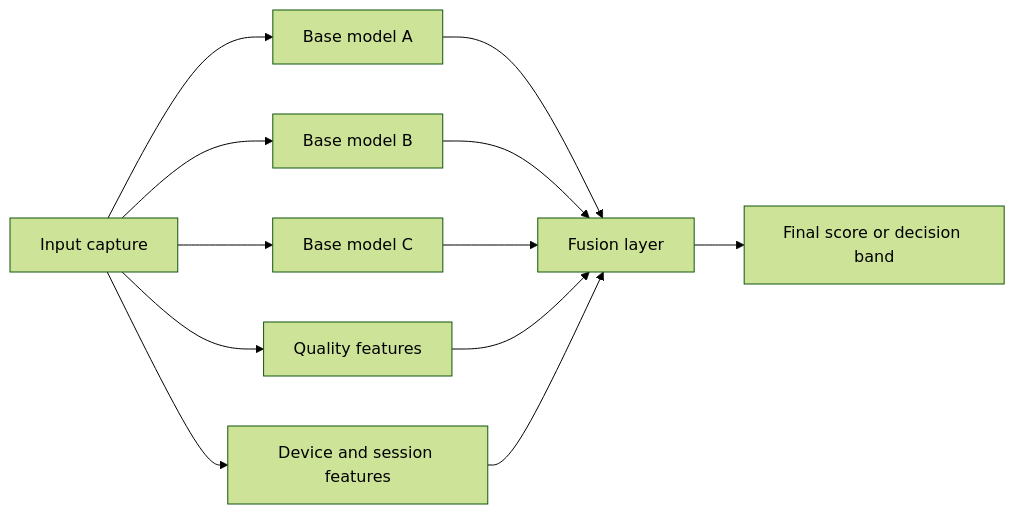
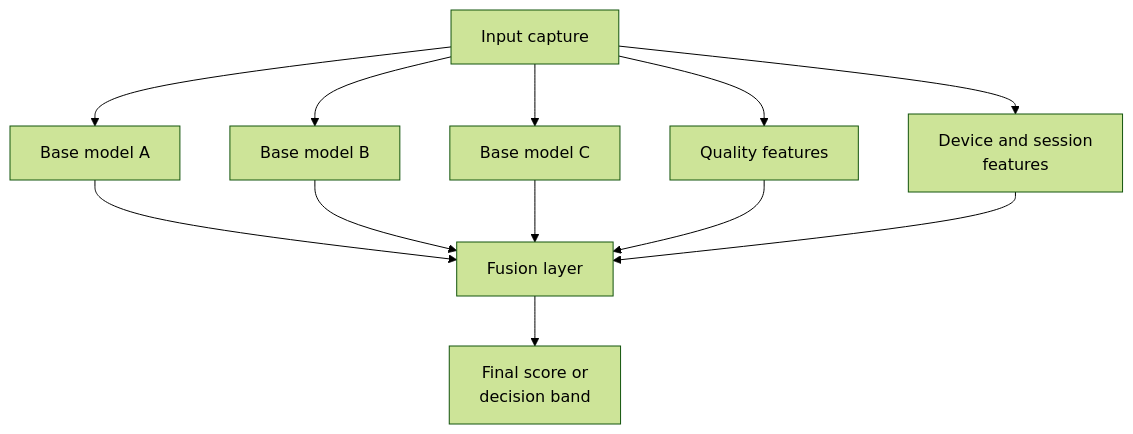
One commit to Nivratti/ekyc-face-liveness-playbook changed the first of 2 diagrams in docs/12-fusion-and-meta-model.md. Above: the diagram before and after it, drawn with Mermaid (forest theme). The commit also changed 31 other files, not shown here.

Commit message:
docs: improve mermaid diagram readability by converting wide flows to vertical layouts

````diff
--- a/docs/12-fusion-and-meta-model.md
+++ b/docs/12-fusion-and-meta-model.md
@@ -44,14 +44,15 @@
 ```mermaid
-flowchart LR
-    A[Input capture] --> B[Base model A]
+flowchart TB
+    A[Input capture]
+    A --> B[Base model A]
     A --> C[Base model B]
     A --> D[Base model C]
     A --> E[Quality features]
-    A --> F[Device and session features]
+    A --> F[Device and session<br/>features]
     B --> G[Fusion layer]
     C --> G
     D --> G
     E --> G
     F --> G
-    G --> H[Final score or decision band]
+    G --> H[Final score or<br/>decision band]
 ```
````
